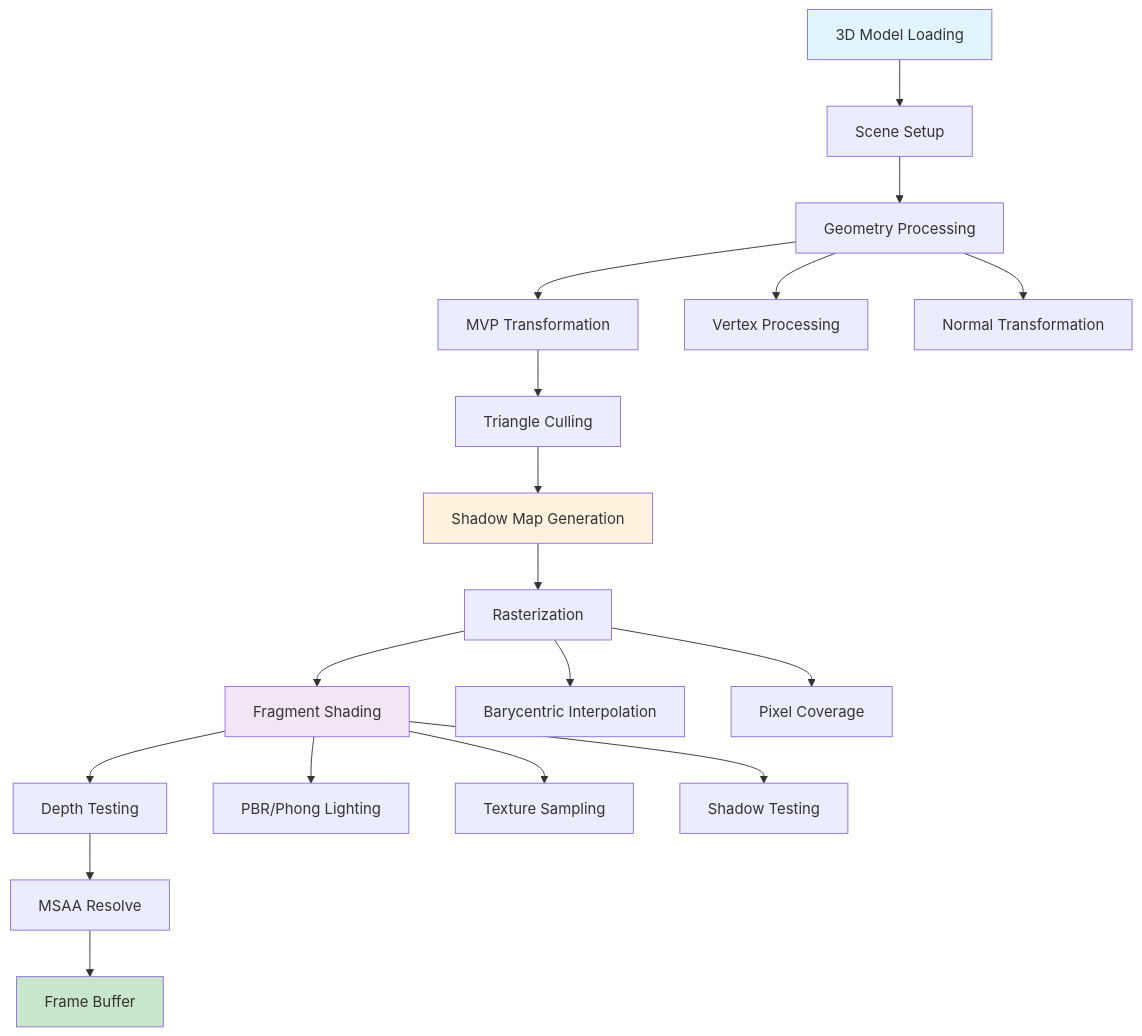
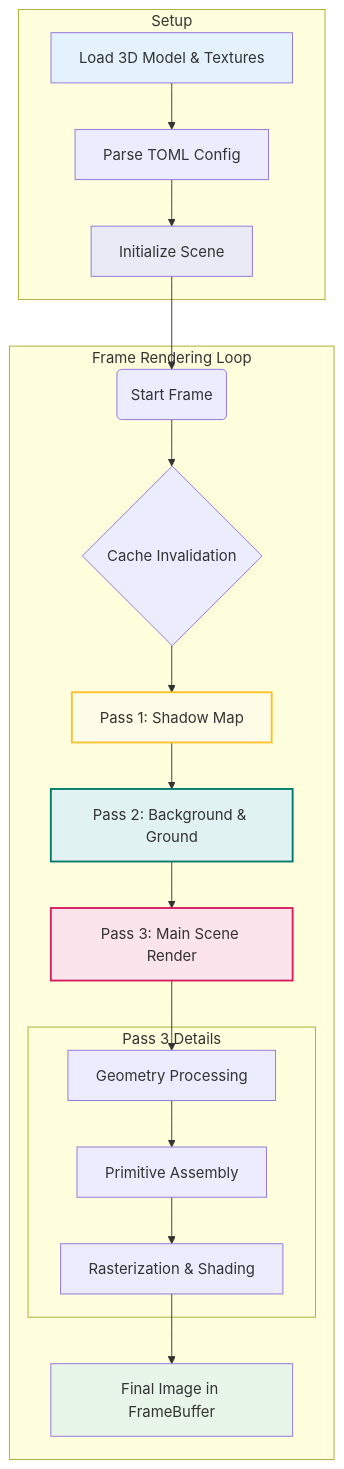
One commit to Rukkhadevata123/rasterizer-rust changed the first of 2 diagrams in README.md. Above: the diagram before and after it, drawn with Mermaid. The commit also changed other lines of this file, not shown here.

````diff
--- a/README.md
+++ b/README.md
@@ -20,28 +31,31 @@
 ```mermaid
 graph TD
-    A[3D Model Loading] --> B[Scene Setup]
-    B --> C[Geometry Processing]
-    C --> D[MVP Transformation]
-    D --> E[Triangle Culling]
-    E --> F[Shadow Map Generation]
-    F --> G[Rasterization]
-    G --> H[Fragment Shading]
-    H --> I[Depth Testing]
-    I --> J[MSAA Resolve]
-    J --> K[Frame Buffer]
+    subgraph "Setup"
+        A[Load 3D Model & Textures] --> B[Parse TOML Config]
+        B --> C[Initialize Scene]
+    end
+
+    subgraph "Frame Rendering Loop"
+        D(Start Frame) --> E{Cache Invalidation};
+        E --> F[Pass 1: Shadow Map];
+        F --> G[Pass 2: Background & Ground];
+        G --> H[Pass 3: Main Scene Render];
+        
+        subgraph "Pass 3 Details"
+            H1[Geometry Processing] --> H2[Primitive Assembly];
+            H2 --> H3[Rasterization & Shading];
+        end
+        
+        H --> H1;
+        H3 --> I[Final Image in FrameBuffer];
+    end
+
+    C --> D;
     
-    C --> C1[Vertex Processing]
-    C --> C2[Normal Transformation]
-    
-    G --> G1[Barycentric Interpolation]
-    G --> G2[Pixel Coverage]
-    
-    H --> H1[PBR/Phong Lighting]
-    H --> H2[Texture Sampling]
-    H --> H3[Shadow Testing]
-    
-    style A fill:#e1f5fe
-    style K fill:#c8e6c9
-    style F fill:#fff3e0
-    style H fill:#f3e5f5
+    style A fill:#e3f2fd
+    style C fill:#e8eaf6
+    style F fill:#fffde7,stroke:#fbc02d,stroke-width:2px
+    style G fill:#e0f2f1,stroke:#00796b,stroke-width:2px
+    style H fill:#fce4ec,stroke:#d81b60,stroke-width:2px
+    style I fill:#e8f5e9
 ```
````
